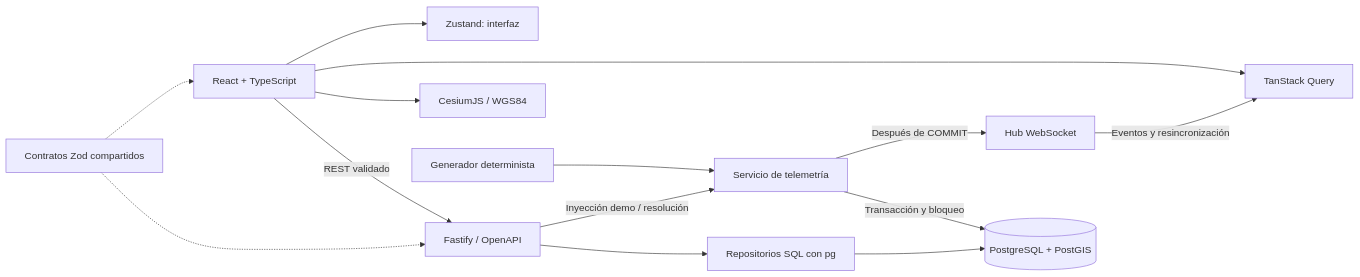
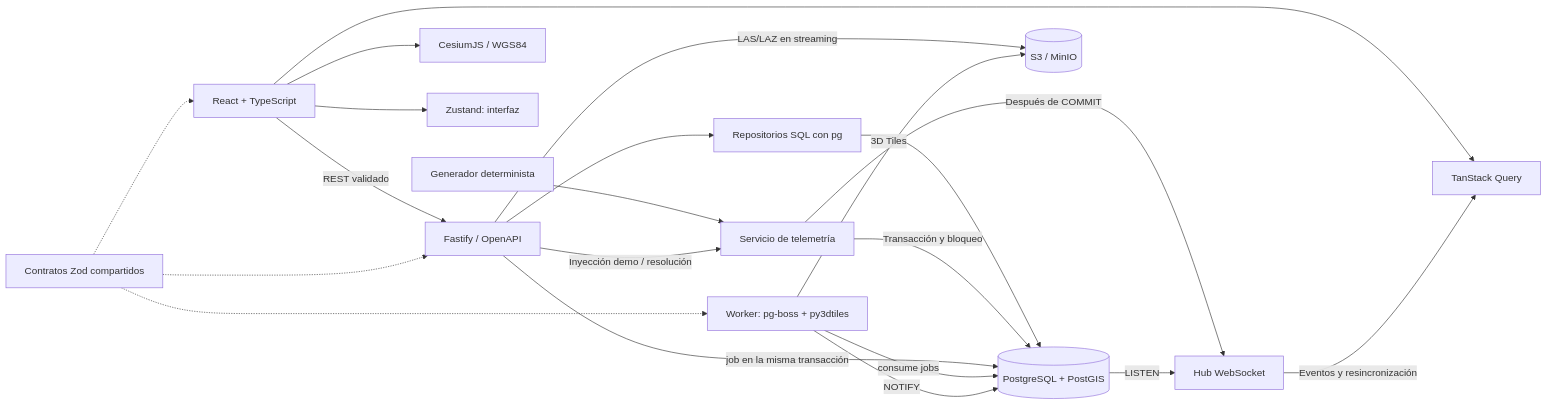
Before and after one commit to davidpalmerojara/geotwin: the diagram in docs/architecture.md, drawn with Mermaid. The commit also changed other lines of this file and 1 other file, not shown here.

````diff
--- a/docs/architecture.md
+++ b/docs/architecture.md
@@ -3,16 +3,23 @@
 ```mermaid
 flowchart LR
   Browser[React + TypeScript] -->|REST validado| API[Fastify / OpenAPI]
   Browser --> Cesium[CesiumJS / WGS84]
   Browser --> Query[TanStack Query]
   Browser --> UI[Zustand: interfaz]
   API --> Repo[Repositorios SQL con pg]
   Repo --> DB[(PostgreSQL + PostGIS)]
   Simulator[Generador determinista] --> Service[Servicio de telemetría]
   API -->|Inyección demo / resolución| Service
   Service -->|Transacción y bloqueo| DB
   Service -->|Después de COMMIT| Hub[Hub WebSocket]
   Hub -->|Eventos y resincronización| Query
   Shared[Contratos Zod compartidos] -.-> API
   Shared -.-> Browser
+  API -->|LAS/LAZ en streaming| S3[(S3 / MinIO)]
+  API -->|job en la misma transacción| DB
+  Worker[Worker: pg-boss + py3dtiles] -->|consume jobs| DB
+  Worker -->|3D Tiles| S3
+  Worker -->|NOTIFY| DB
+  DB -->|LISTEN| Hub
+  Shared -.-> Worker
 ```
````
